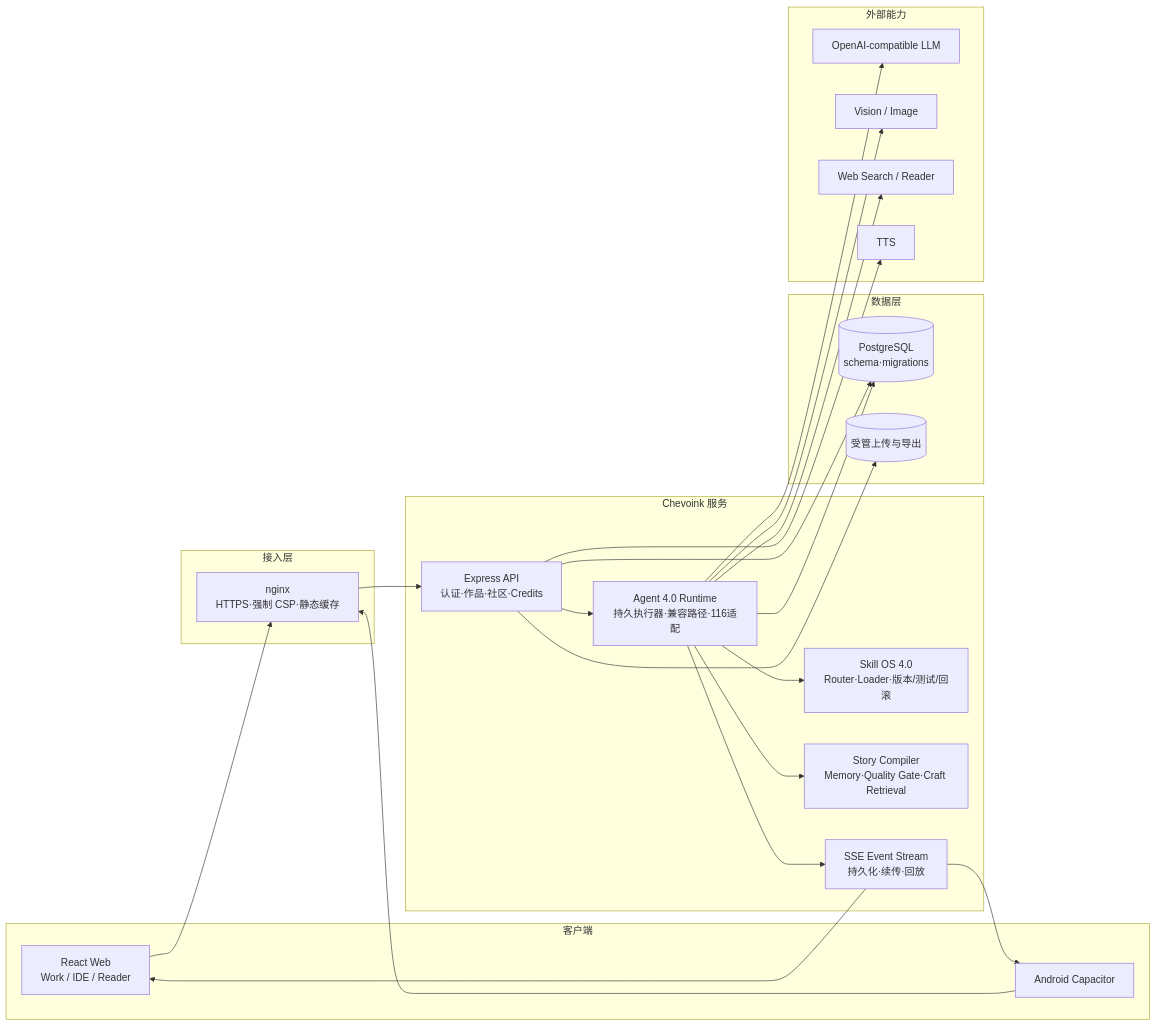
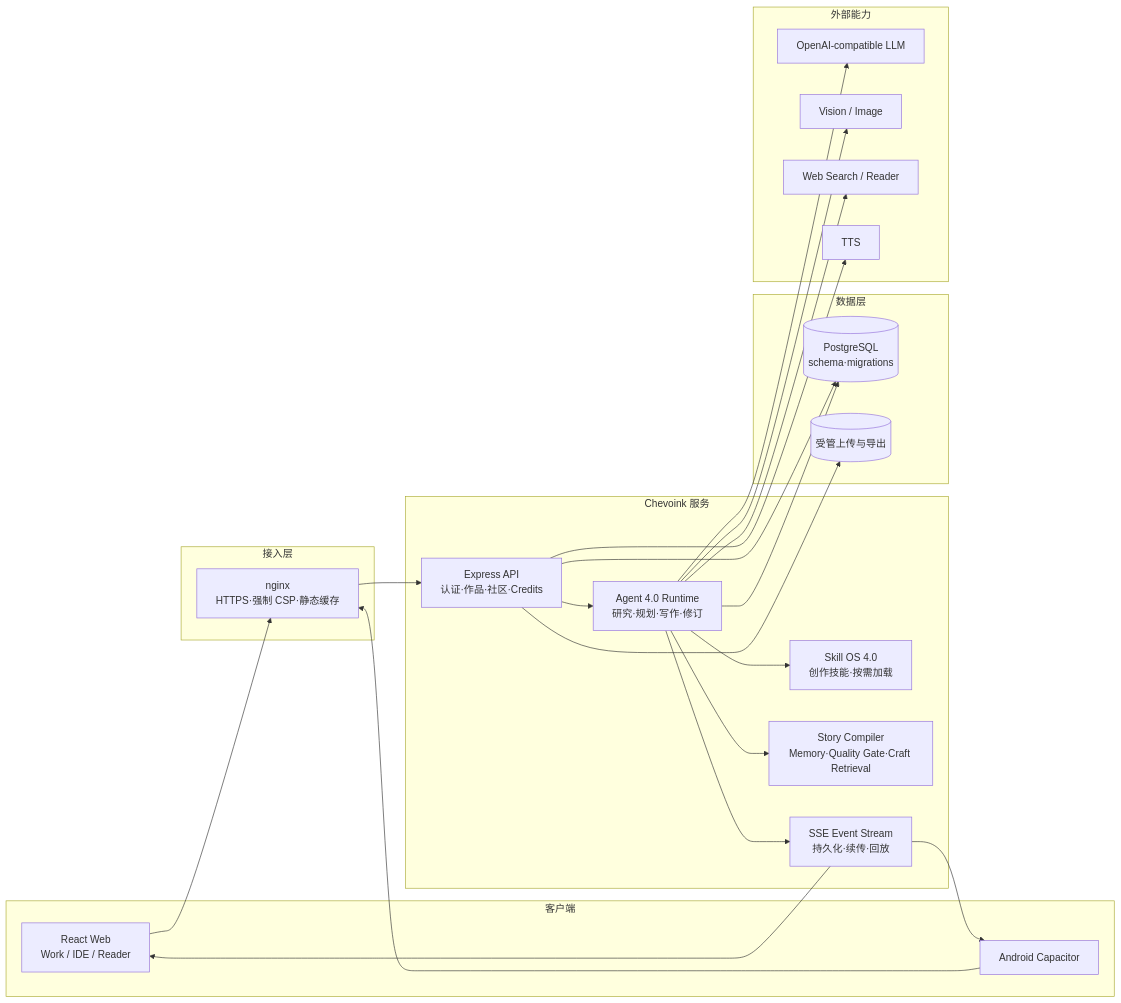
The diagram in README.md (Xcy8010/Chevoink), drawn with Mermaid before and after one commit. The commit also changed other lines of this file and 7 other files, not shown here.

````diff
--- a/README.md
+++ b/README.md
@@ -104,43 +69,43 @@
 ```mermaid
 flowchart LR
   subgraph Client[客户端]
     WEB[React Web<br/>Work / IDE / Reader]
     APP[Android Capacitor]
   end
   subgraph Edge[接入层]
     NGINX[nginx<br/>HTTPS·强制 CSP·静态缓存]
   end
   subgraph Service[Chevoink 服务]
     API[Express API<br/>认证·作品·社区·Credits]
-    LOOP[Agent 4.0 Runtime<br/>持久执行器·兼容路径·116适配]
-    SKILL[Skill OS 4.0<br/>Router·Loader·版本/测试/回滚]
+    LOOP[Agent 4.0 Runtime<br/>研究·规划·写作·修订]
+    SKILL[Skill OS 4.0<br/>创作技能·按需加载]
     STORY[Story Compiler<br/>Memory·Quality Gate·Craft Retrieval]
     SSE[SSE Event Stream<br/>持久化·续传·回放]
   end
   subgraph Data[数据层]
     PG[(PostgreSQL<br/>schema·migrations)]
     FILES[(受管上传与导出)]
   end
   subgraph Providers[外部能力]
     LLM[OpenAI-compatible LLM]
     VISION[Vision / Image]
     SEARCH[Web Search / Reader]
     TTS[TTS]
   end
   WEB --> NGINX
   APP --> NGINX
   NGINX --> API
   API --> LOOP
   LOOP --> SKILL
   LOOP --> STORY
   LOOP --> SSE
   API --> PG
   LOOP --> PG
   API --> FILES
   LOOP --> LLM
   LOOP --> VISION
   LOOP --> SEARCH
   API --> TTS
   SSE --> WEB
   SSE --> APP
 ```
````
